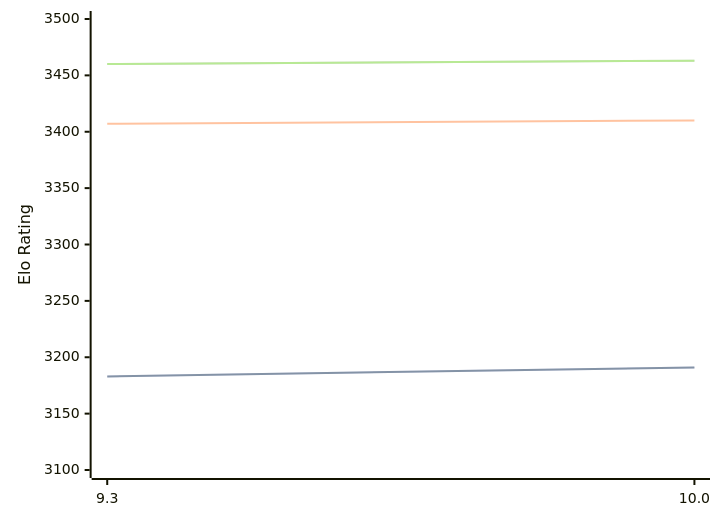
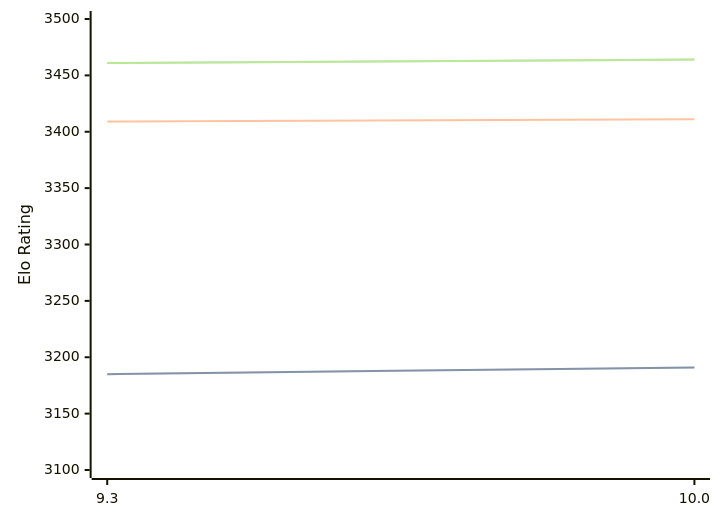
Before and after one commit to computer-chess-index/cci: the diagram in engines/Fire.md, drawn with Mermaid. The commit also changed other lines of this file, not shown here.

Commit message:
Update CCI Ratings (ELO VLTC) - 2026-04-24

````diff
--- a/engines/Fire.md
+++ b/engines/Fire.md
@@ -47,11 +47,11 @@
 ```mermaid
 %%{init: {"theme":"base","themeVariables":{"seriesColors:['#a3a3a3','#222221','#faa371']}}}%%
 xychart-beta
   x-axis ["9.3", "10.0"]
   y-axis "Elo Rating" 3100 --> 3500
-  line "STC (8.0+0.08s)" [3183, 3191]
-  line "STC (8.0+0.08s)" [3183, 3191]
-  line "LTC (60.0+0.60s)" [3407, 3410]
-  line "VLTC (2m24s+1.12s)" [3460, 3463]
-  line "VLTC (2m24s+1.12s)" [3460, 3463]
+  line "STC (8.0+0.08s)" [3185, 3191]
+  line "STC (8.0+0.08s)" [3185, 3191]
+  line "LTC (60.0+0.60s)" [3409, 3411]
+  line "VLTC (2m24s+1.12s)" [3461, 3464]
+  line "VLTC (2m24s+1.12s)" [3461, 3464]
 ```
````
